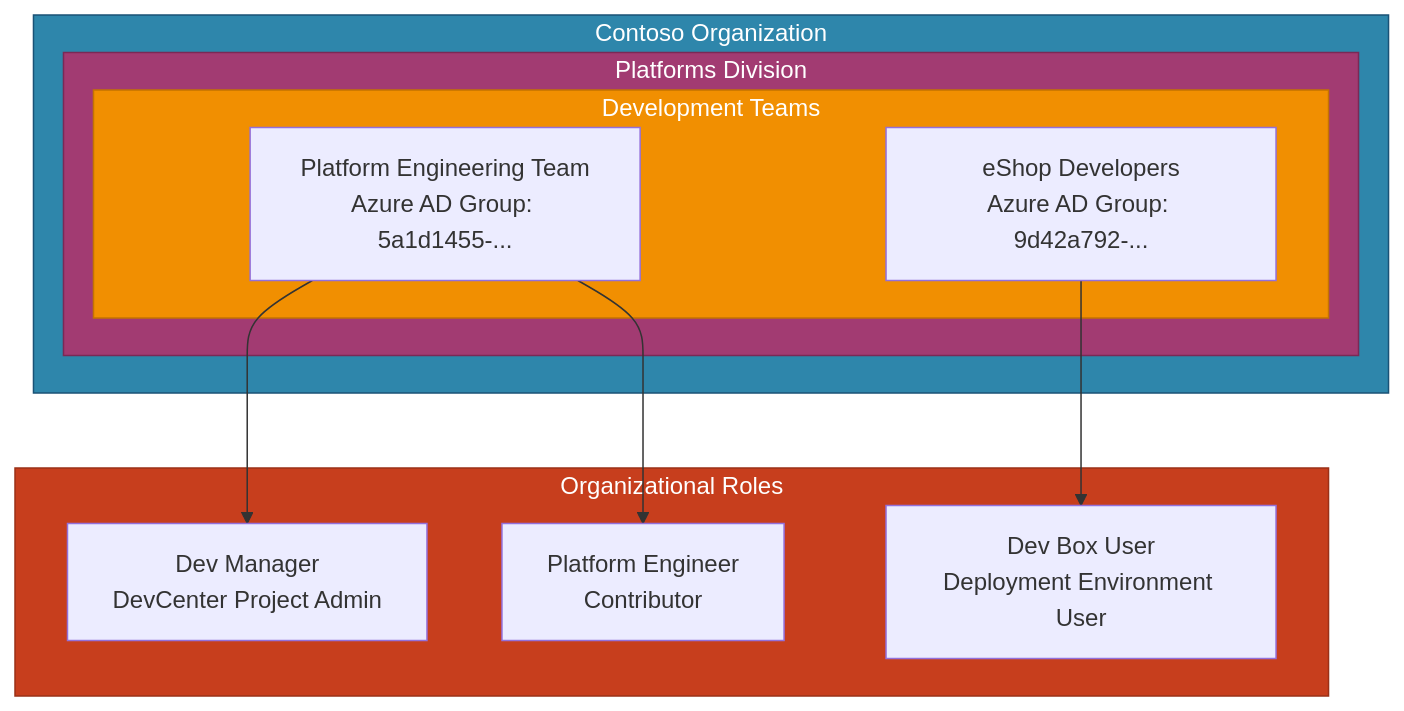
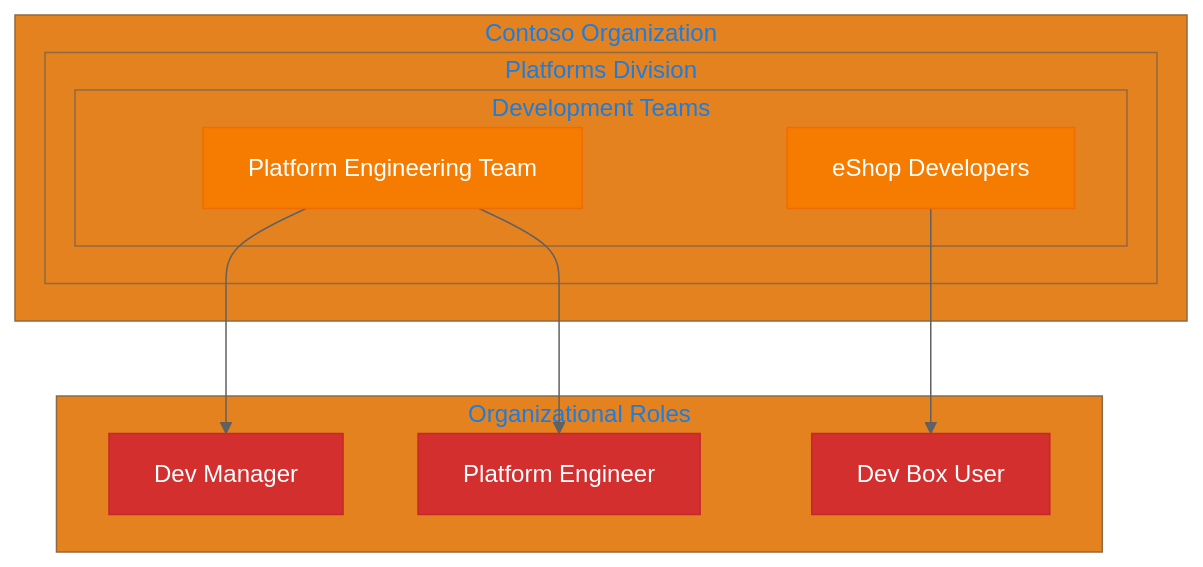
Before and after one commit to Evilazaro/DevExp-DevBox: the fifth of 6 diagrams in docs/architecture/business.md, drawn with Mermaid. The commit also changed other lines of this file, not shown here.

Commit message:
docs: enhance Business Architecture document with improved Mermaid diagrams and styling for clarity

````diff
--- a/docs/architecture/business.md
+++ b/docs/architecture/business.md
@@ -315,27 +342,30 @@
 ```mermaid
+%%{init: {'theme': 'base', 'themeVariables': { 'primaryColor': '#1976D2', 'lineColor': '#616161'}}}%%
 flowchart TB
     subgraph Organization["Contoso Organization"]
-        style Organization fill:#2E86AB,stroke:#1a5276,color:#fff
-
         subgraph Division["Platforms Division"]
-            style Division fill:#A23B72,stroke:#7a2956,color:#fff
-
             subgraph Teams["Development Teams"]
-                style Teams fill:#F18F01,stroke:#c47301,color:#fff
-                T1["Platform Engineering Team<br/>Azure AD Group: 5a1d1455-..."]
-                T2["eShop Developers<br/>Azure AD Group: 9d42a792-..."]
+                T1["Platform Engineering Team"]
+                T2["eShop Developers"]
             end
         end
     end
 
     subgraph Roles["Organizational Roles"]
-        style Roles fill:#C73E1D,stroke:#9a3017,color:#fff
-        R1["Dev Manager<br/>DevCenter Project Admin"]
-        R2["Dev Box User<br/>Deployment Environment User"]
-        R3["Platform Engineer<br/>Contributor"]
+        R1["Dev Manager"]
+        R2["Dev Box User"]
+        R3["Platform Engineer"]
     end
 
     T1 --> R1
     T1 --> R3
     T2 --> R2
+
+    classDef orgStyle fill:#1976D2,stroke:#1565C0,color:#FFFFFF
+    classDef divStyle fill:#7B1FA2,stroke:#6A1B9A,color:#FFFFFF
+    classDef teamStyle fill:#F57C00,stroke:#EF6C00,color:#FFFFFF
+    classDef roleStyle fill:#D32F2F,stroke:#C62828,color:#FFFFFF
+
+    class T1,T2 teamStyle
+    class R1,R2,R3 roleStyle
 ```
````
